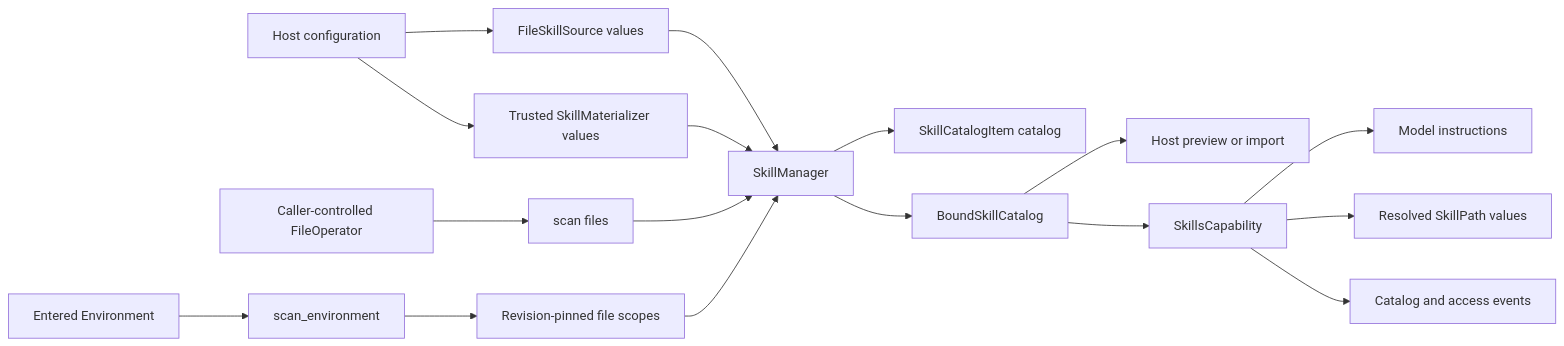
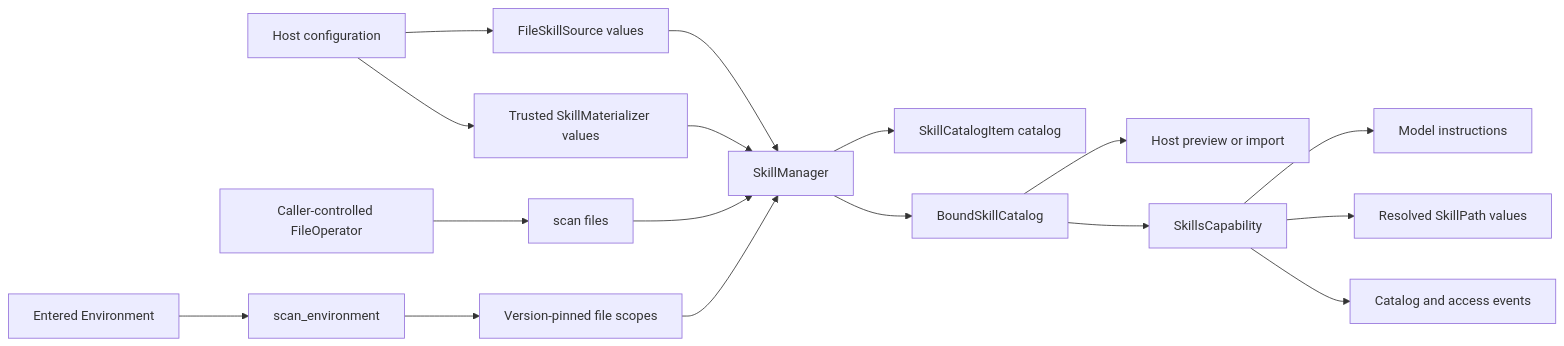
The diagram in docs/agent-harness/skills.md (LTThreeComma/agent-foundation), drawn with Mermaid before and after one commit. The commit also changed other lines of this file and 91 other files, not shown here.

````diff
--- a/docs/agent-harness/skills.md
+++ b/docs/agent-harness/skills.md
@@ -14,22 +14,22 @@
 ```mermaid
 flowchart LR
     Host[Host configuration] --> Sources[FileSkillSource values]
     Host --> Materializers[Trusted SkillMaterializer values]
     Sources --> Manager[SkillManager]
     Materializers --> Manager
 
     Direct[Caller-controlled FileOperator] --> DirectScan[scan files]
     DirectScan --> Manager
     Manager --> Catalog[SkillCatalogItem catalog]
 
     Environment[Entered Environment] --> BoundScan[scan_environment]
-    BoundScan --> Scopes[Revision-pinned file scopes]
+    BoundScan --> Scopes[Version-pinned file scopes]
     Scopes --> Manager
     Manager --> BoundCatalog[BoundSkillCatalog]
 
     BoundCatalog --> HostImport[Host preview or import]
     BoundCatalog --> Capability[SkillsCapability]
     Capability --> Instructions[Model instructions]
     Capability --> Paths[Resolved SkillPath values]
     Capability --> Events[Catalog and access events]
 ```
````
